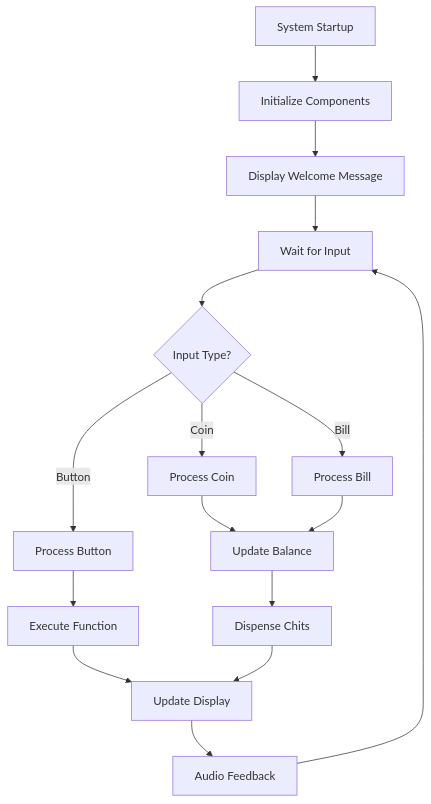
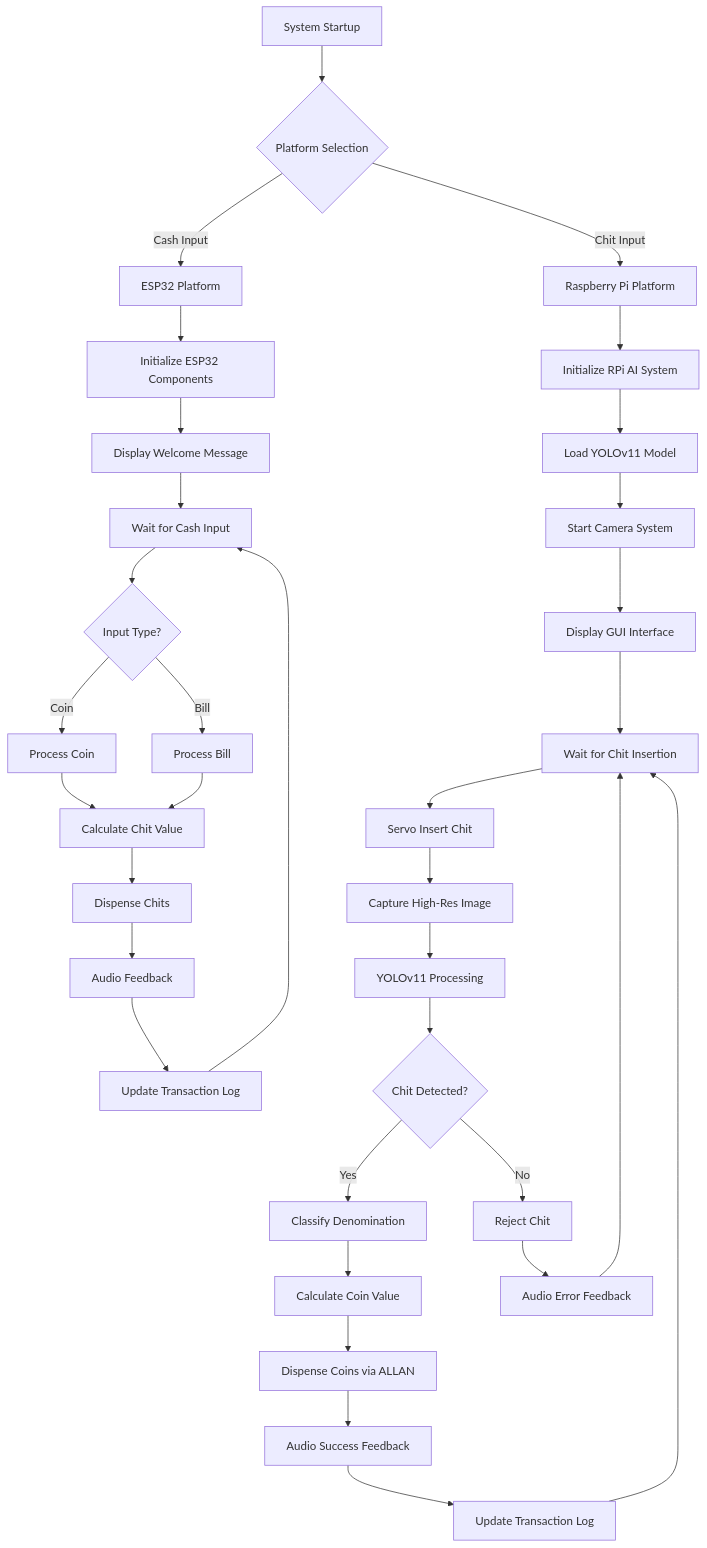
Before and after one commit to qppd/Chits-Exchanger: the diagram in README.md, drawn with Mermaid. The commit also changed other lines of this file, not shown here.

````diff
--- a/README.md
+++ b/README.md
@@ -203,18 +585,38 @@
 ```mermaid
 graph TD
-    A[System Startup] --> B[Initialize Components]
-    B --> C[Display Welcome Message]
-    C --> D[Wait for Input]
-    D --> E{Input Type?}
-    E -->|Coin| F[Process Coin]
-    E -->|Bill| G[Process Bill]
-    E -->|Button| H[Process Button]
-    F --> I[Update Balance]
-    G --> I
-    H --> J[Execute Function]
-    I --> K[Dispense Chits]
-    J --> L[Update Display]
-    K --> L
+    A[System Startup] --> B{Platform Selection}
+    B -->|Cash Input| C[ESP32 Platform]
+    B -->|Chit Input| D[Raspberry Pi Platform]
+    
+    C --> E[Initialize ESP32 Components]
+    E --> F[Display Welcome Message]
+    F --> G[Wait for Cash Input]
+    G --> H{Input Type?}
+    H -->|Coin| I[Process Coin]
+    H -->|Bill| J[Process Bill]
+    I --> K[Calculate Chit Value]
+    J --> K
+    K --> L[Dispense Chits]
     L --> M[Audio Feedback]
-    M --> D
+    M --> N[Update Transaction Log]
+    N --> G
+    
+    D --> O[Initialize RPi AI System]
+    O --> P[Load YOLOv11 Model]
+    P --> Q[Start Camera System]
+    Q --> R[Display GUI Interface]
+    R --> S[Wait for Chit Insertion]
+    S --> T[Servo Insert Chit]
+    T --> U[Capture High-Res Image]
+    U --> V[YOLOv11 Processing]
+    V --> W{Chit Detected?}
+    W -->|Yes| X[Classify Denomination]
+    W -->|No| Y[Reject Chit]
+    X --> Z[Calculate Coin Value]
+    Z --> AA[Dispense Coins via ALLAN]
+    AA --> BB[Audio Success Feedback]
+    BB --> CC[Update Transaction Log]
+    CC --> S
+    Y --> DD[Audio Error Feedback]
+    DD --> S
 ```
````
